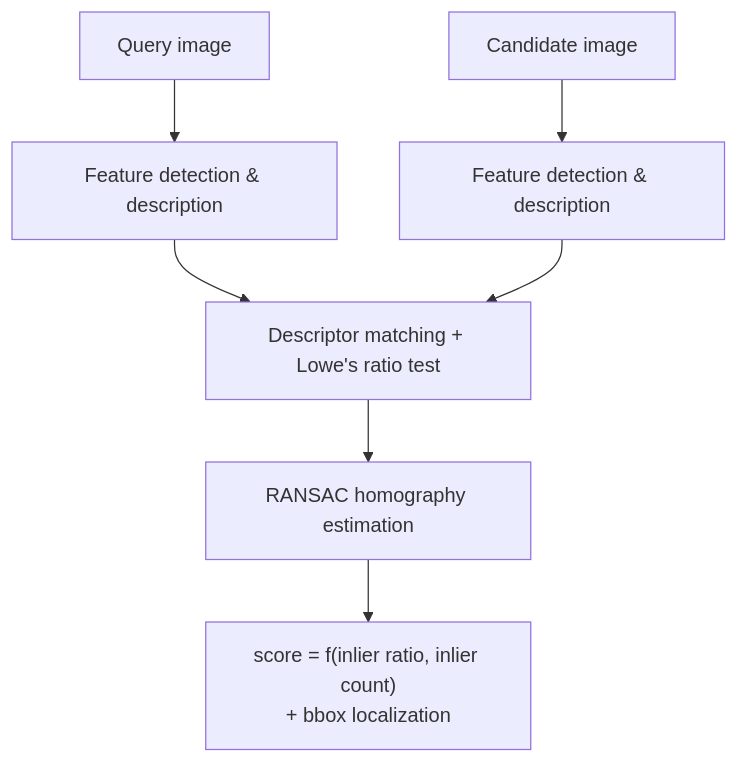
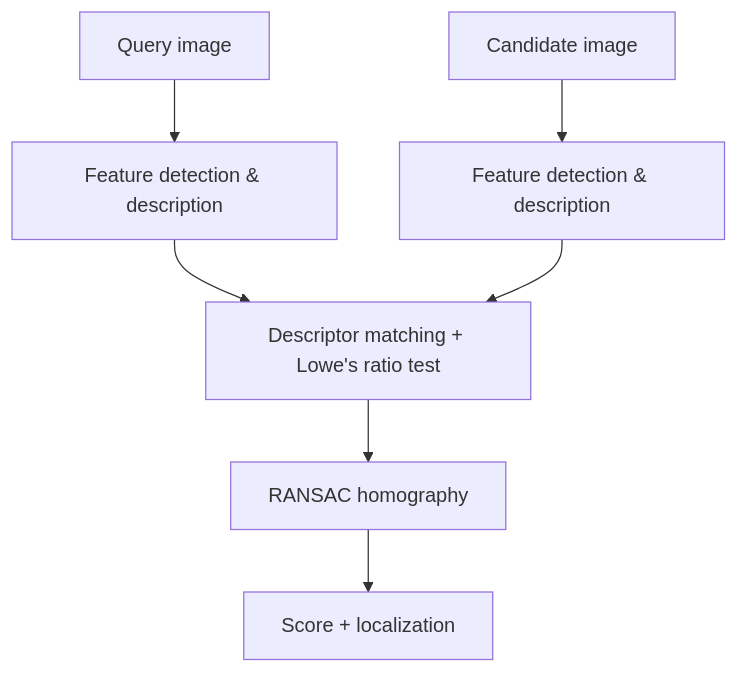
Before and after one commit to odil-ai/cropcatcher: the diagram in README.md, drawn with Mermaid. The commit also changed other lines of this file, not shown here.

````diff
--- a/README.md
+++ b/README.md
@@ -238,9 +223,9 @@
 ```mermaid
 flowchart TD
-    Q["Query image"] --> FD1["Feature detection &amp; description"]
-    C["Candidate image"] --> FD2["Feature detection &amp; description"]
+    Q["Query image"] --> FD1["Feature detection & description"]
+    C["Candidate image"] --> FD2["Feature detection & description"]
     FD1 --> DM["Descriptor matching + Lowe's ratio test"]
     FD2 --> DM
-    DM --> RA["RANSAC homography estimation"]
-    RA --> SC["score = f(inlier ratio, inlier count)<br/>+ bbox localization"]
+    DM --> RA["RANSAC homography"]
+    RA --> SC["Score + localization"]
 ```
````
